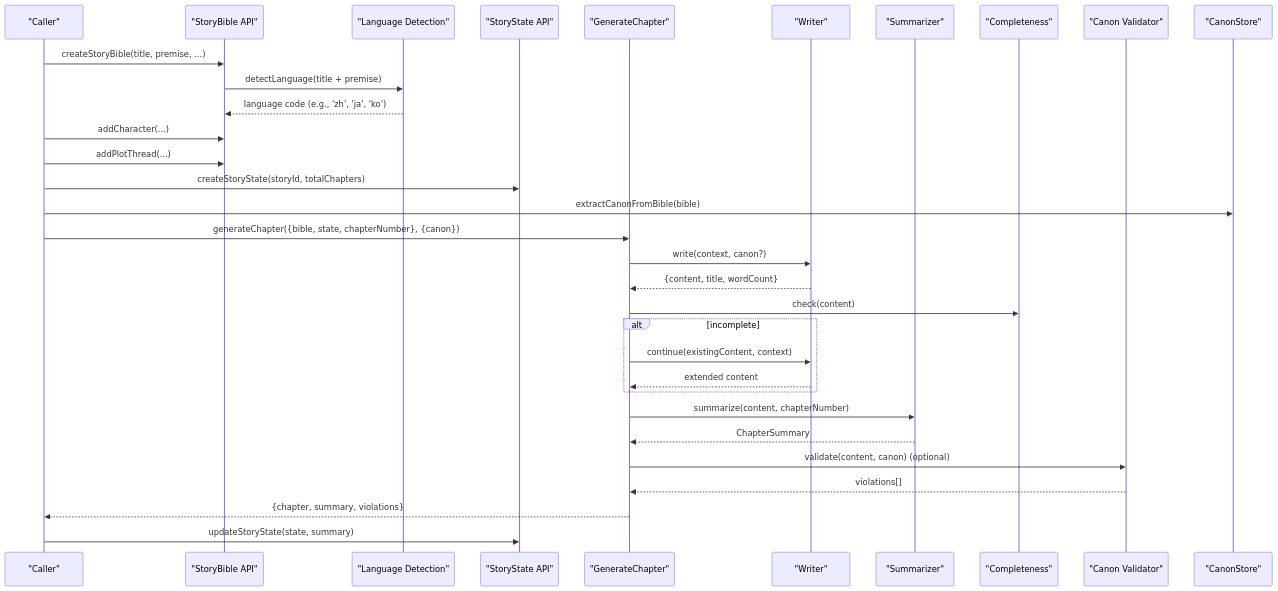
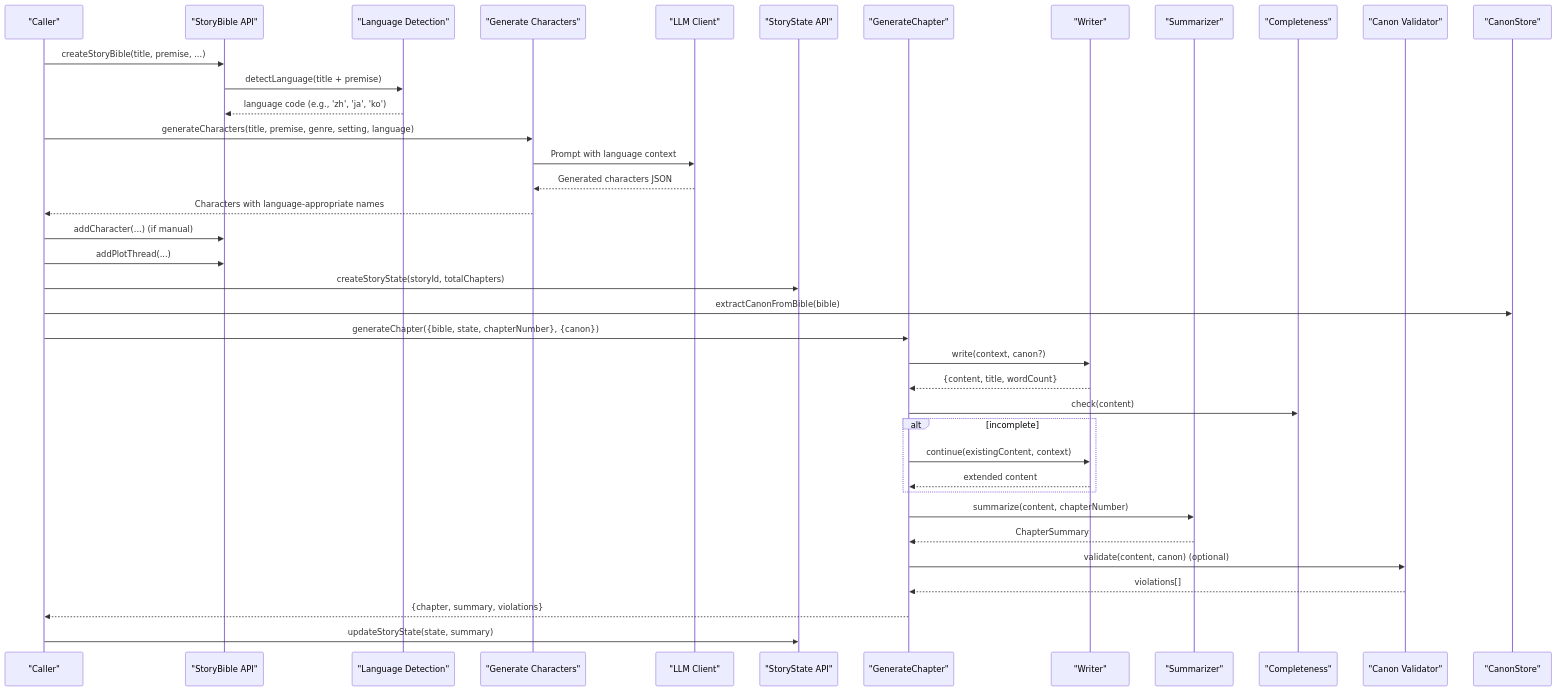
Before and after one commit to liwonder/NARRITIVE_OS: the second of 15 diagrams in .qoder/repowiki/en/content/Story Management System/Story Bible Management.md, drawn with Mermaid. The commit also changed other lines of this file and 5 other files, not shown here.

````diff
--- a/.qoder/repowiki/en/content/Story Management System/Story Bible Management.md
+++ b/.qoder/repowiki/en/content/Story Management System/Story Bible Management.md
@@ -109,34 +118,40 @@
 ```mermaid
 sequenceDiagram
 participant User as "Caller"
 participant SB as "StoryBible API"
 participant LD as "Language Detection"
+participant GC as "Generate Characters"
+participant LLM as "LLM Client"
 participant SS as "StoryState API"
 participant GS as "GenerateChapter"
 participant WR as "Writer"
 participant SM as "Summarizer"
 participant CC as "Completeness"
 participant CV as "Canon Validator"
 participant CS as "CanonStore"
 User->>SB : createStoryBible(title, premise, ...)
 SB->>LD : detectLanguage(title + premise)
 LD-->>SB : language code (e.g., 'zh', 'ja', 'ko')
-User->>SB : addCharacter(...)
+User->>GC : generateCharacters(title, premise, genre, setting, language)
+GC->>LLM : Prompt with language context
+LLM-->>GC : Generated characters JSON
+GC-->>User : Characters with language-appropriate names
+User->>SB : addCharacter(...) (if manual)
 User->>SB : addPlotThread(...)
 User->>SS : createStoryState(storyId, totalChapters)
 User->>CS : extractCanonFromBible(bible)
 User->>GS : generateChapter({bible, state, chapterNumber}, {canon})
 GS->>WR : write(context, canon?)
 WR-->>GS : {content, title, wordCount}
 GS->>CC : check(content)
 alt incomplete
 GS->>WR : continue(existingContent, context)
 WR-->>GS : extended content
 end
 GS->>SM : summarize(content, chapterNumber)
 SM-->>GS : ChapterSummary
 GS->>CV : validate(content, canon) (optional)
 CV-->>GS : violations[]
 GS-->>User : {chapter, summary, violations}
 User->>SS : updateStoryState(state, summary)
 ```
````
